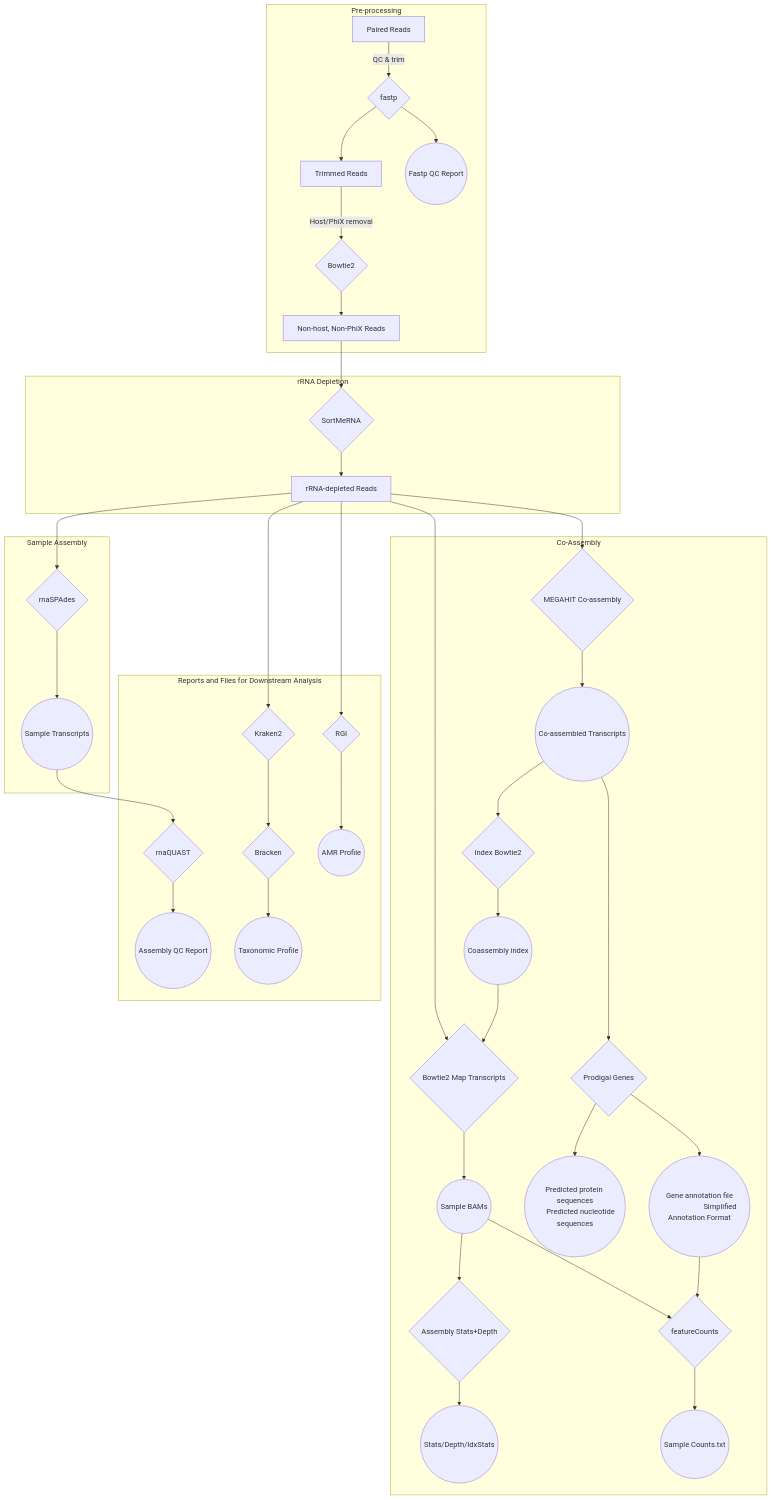
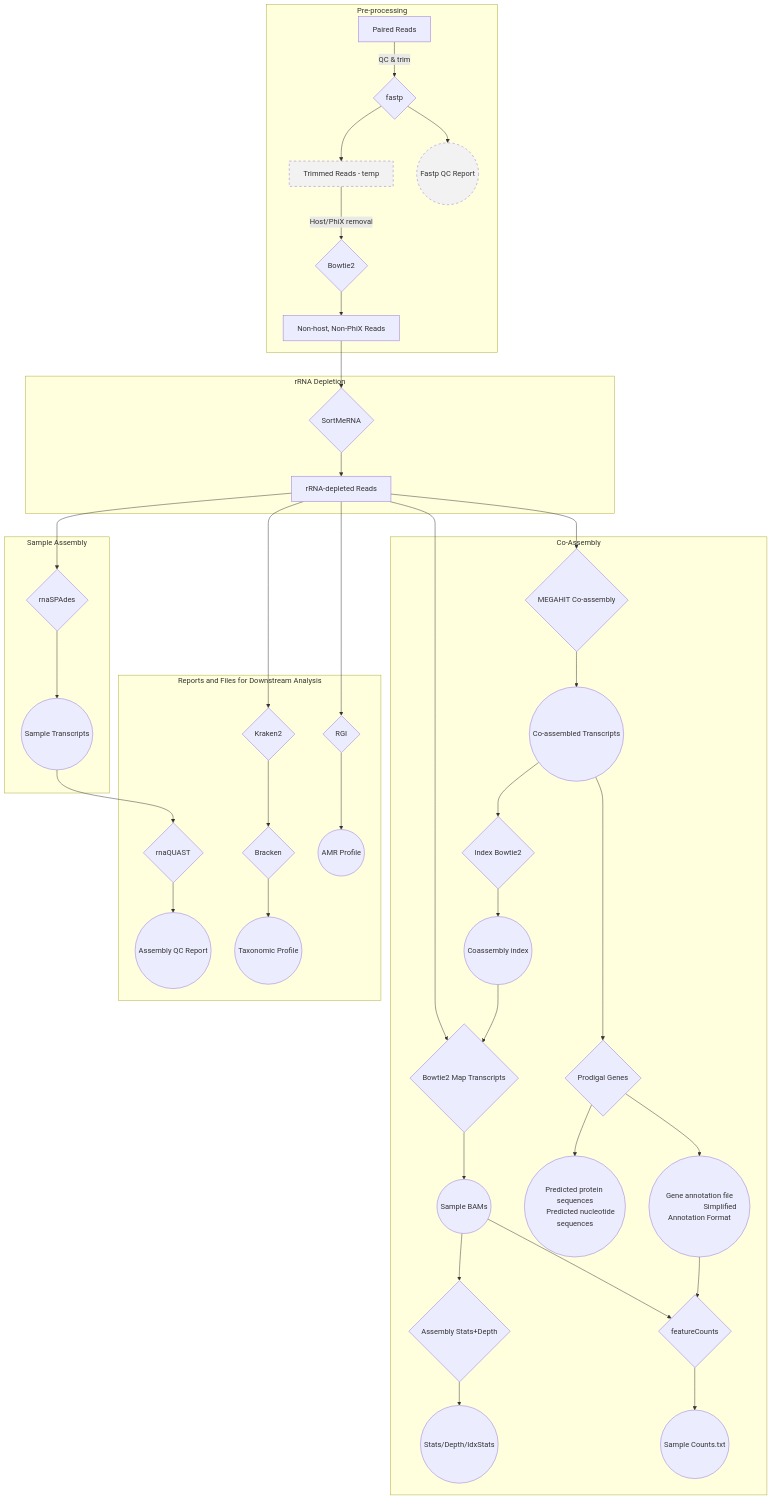
One commit to AAFC-Bioinfo-AAC/metatranscriptomics-snakemake changed the diagram in README.md. Above: the diagram before and after it, drawn with Mermaid. The commit also changed other lines of this file and 3 other files, not shown here.

````diff
--- a/README.md
+++ b/README.md
@@ -57,64 +68,68 @@
  ```mermaid
  flowchart TD
     %% Title
     %% Metatranscriptome Assembly and Analysis Pipeline
 
     subgraph PREPROC [Pre-processing]
         A[Paired Reads] -->|QC & trim| B{fastp}
-        B --> C[Trimmed Reads]
+        B --> C[Trimmed Reads - temp]
         B --> L((Fastp QC Report))
         C -->|Host/PhiX removal| D{Bowtie2}
         D --> E[Non-host, Non-PhiX Reads]
     end
 
     subgraph DEPLETION [rRNA Depletion]
         E --> F{SortMeRNA}
         F --> G[rRNA-depleted Reads]
     end
 
     subgraph COASSEMBLY [Co-Assembly]
         %% megahit_coassembly rule
         G --> MH{MEGAHIT Co-assembly}
         MH --> FA((Co-assembled Transcripts))
 
         %% index_coassembly rule
         FA --> IB{Index Bowtie2}
         IB --> IB1((Coassembly index))
 
         %% bowtie2_map_transcripts rule (per-sample mapping)
         IB1 --> BT2{Bowtie2 Map Transcripts}
         G --> BT2
         BT2 --> BAM((Sample BAMs))
 
         %% assembly_stats_depth rule (per-sample)
         BAM --> STATS{Assembly Stats+Depth}
         STATS --> STATSOUT((Stats/Depth/IdxStats))
 
         %% prodigal_genes rule
         FA --> PG{Prodigal Genes}
         PG --> PROD_OUTS1((Predicted protein sequences
         Predicted nucleotide sequences))
         PG --> PROD_OUTS2((Gene annotation file
                         Simplified Annotation Format))
 
         %% featurecounts rule (per-sample)
         PROD_OUTS2 --> FC{featureCounts}
         BAM --> FC
         FC --> FCT((Sample Counts.txt))
     end
 
     subgraph ASSEMBLY [Sample Assembly]
         G --> H{rnaSPAdes}
         H --> I((Sample Transcripts))
     end
 
     subgraph QC_REPORTS [Reports and Files for Downstream Analysis]
         I --> S{rnaQUAST}
         S --> U((Assembly QC Report))
         G --> M{Kraken2}
         M --> N{Bracken}
         N --> O((Taxonomic Profile))
         G --> W{RGI}
         W --> Q((AMR Profile))
     end
+
+    %% TEMP FILE STYLING
+    style C fill:#f2f2f2,stroke-dasharray: 5 5
+    style L fill:#f2f2f2,stroke-dasharray: 5 5
 ```
````
